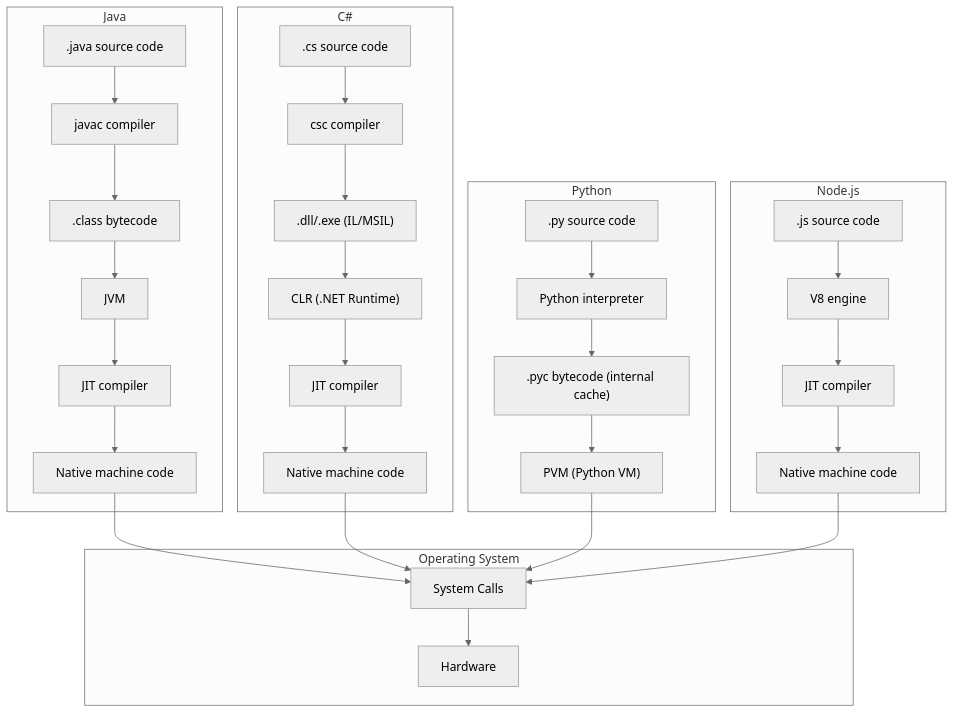
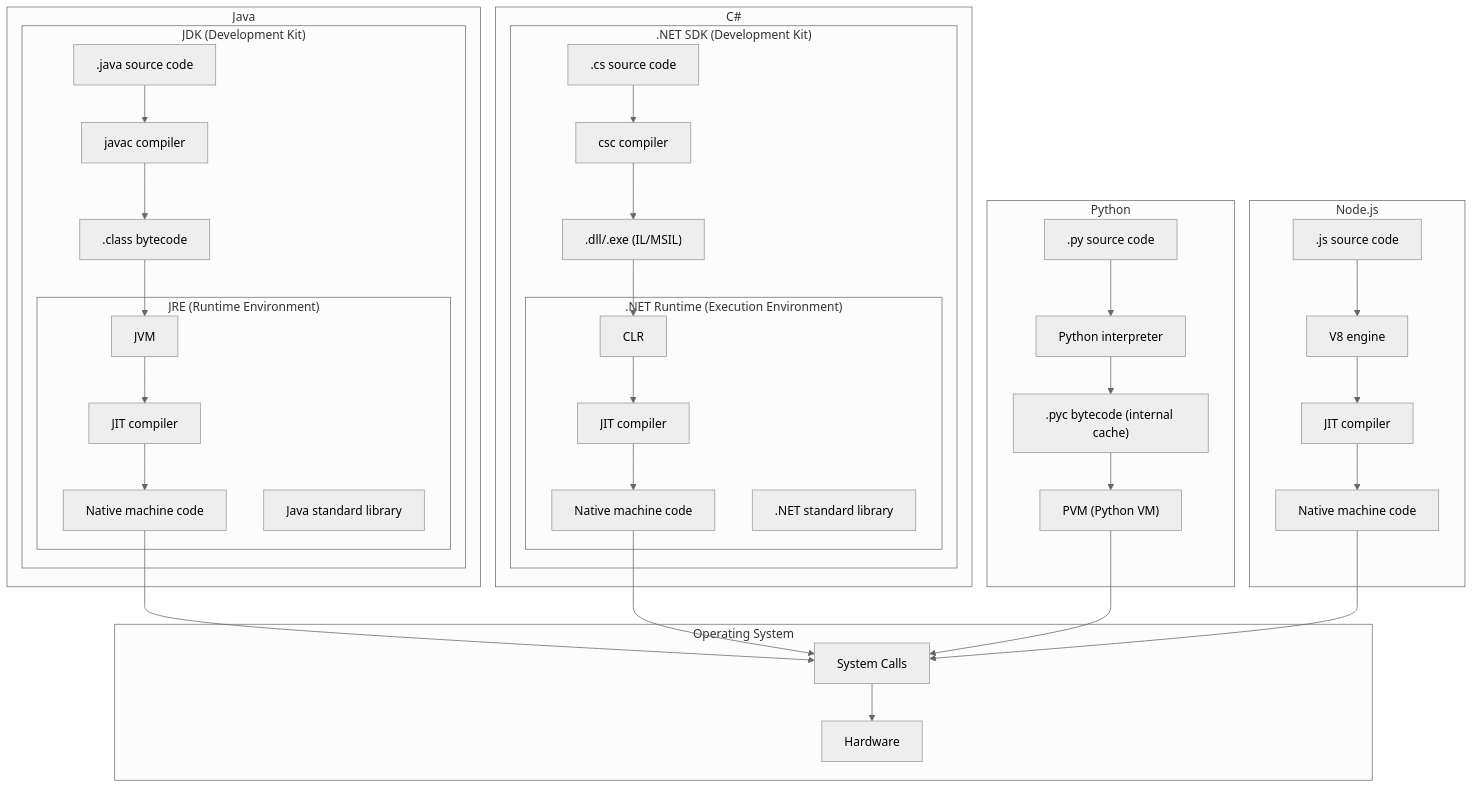
The second of 4 diagrams in Voyages/Areas/system-fundamentals/resources/runtimes/runtime-comparison.md (JindoKimKor/Self-Binnacle), drawn with Mermaid (neutral theme) before and after one commit. The commit also changed other lines of this file and 28 other files, not shown here.

````diff
--- a/Voyages/Areas/system-fundamentals/resources/runtimes/runtime-comparison.md
+++ b/Voyages/Areas/system-fundamentals/resources/runtimes/runtime-comparison.md
@@ -15,49 +36,59 @@
 ```mermaid
 flowchart TB
     subgraph Java["Java"]
-        J1[".java source code"]
-        J2["javac compiler"]
-        J3[".class bytecode"]
-        J4["JVM"]
-        J5["JIT compiler"]
-        J6["Native machine code"]
+        subgraph JDK["JDK (Development Kit)"]
+            J1[".java source code"]
+            J2["javac compiler"]
+            J3[".class bytecode"]
+            subgraph JRE["JRE (Runtime Environment)"]
+                J4["JVM"]
+                J5["JIT compiler"]
+                J6["Native machine code"]
+                JLib["Java standard library"]
+            end
+        end
         J1 --> J2 --> J3 --> J4 --> J5 --> J6
     end
 
     subgraph CSharp["C#"]
-        C1[".cs source code"]
-        C2["csc compiler"]
-        C3[".dll/.exe (IL/MSIL)"]
-        C4["CLR (.NET Runtime)"]
-        C5["JIT compiler"]
-        C6["Native machine code"]
+        subgraph SDK[".NET SDK (Development Kit)"]
+            C1[".cs source code"]
+            C2["csc compiler"]
+            C3[".dll/.exe (IL/MSIL)"]
+            subgraph Runtime[".NET Runtime (Execution Environment)"]
+                C4["CLR"]
+                C5["JIT compiler"]
+                C6["Native machine code"]
+                CLib[".NET standard library"]
+            end
+        end
         C1 --> C2 --> C3 --> C4 --> C5 --> C6
     end
 
     subgraph Python["Python"]
         P1[".py source code"]
         P2["Python interpreter"]
         P3[".pyc bytecode (internal cache)"]
         P4["PVM (Python VM)"]
         P1 --> P2 --> P3 --> P4
     end
 
     subgraph Node["Node.js"]
         N1[".js source code"]
         N2["V8 engine"]
         N3["JIT compiler"]
         N4["Native machine code"]
         N1 --> N2 --> N3 --> N4
     end
 
     subgraph OS["Operating System"]
         OS1["System Calls"]
         OS2["Hardware"]
         OS1 --> OS2
     end
 
     J6 --> OS1
     C6 --> OS1
     P4 --> OS1
     N4 --> OS1
 ```
````
